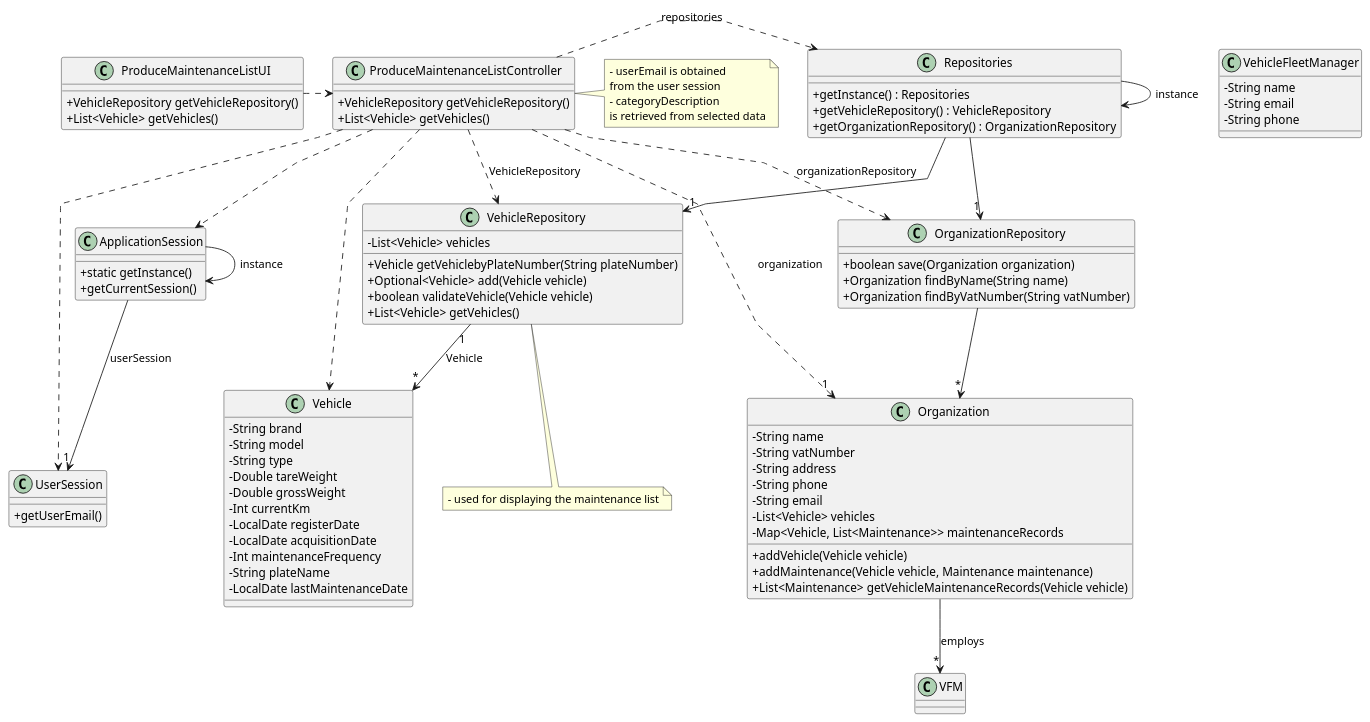
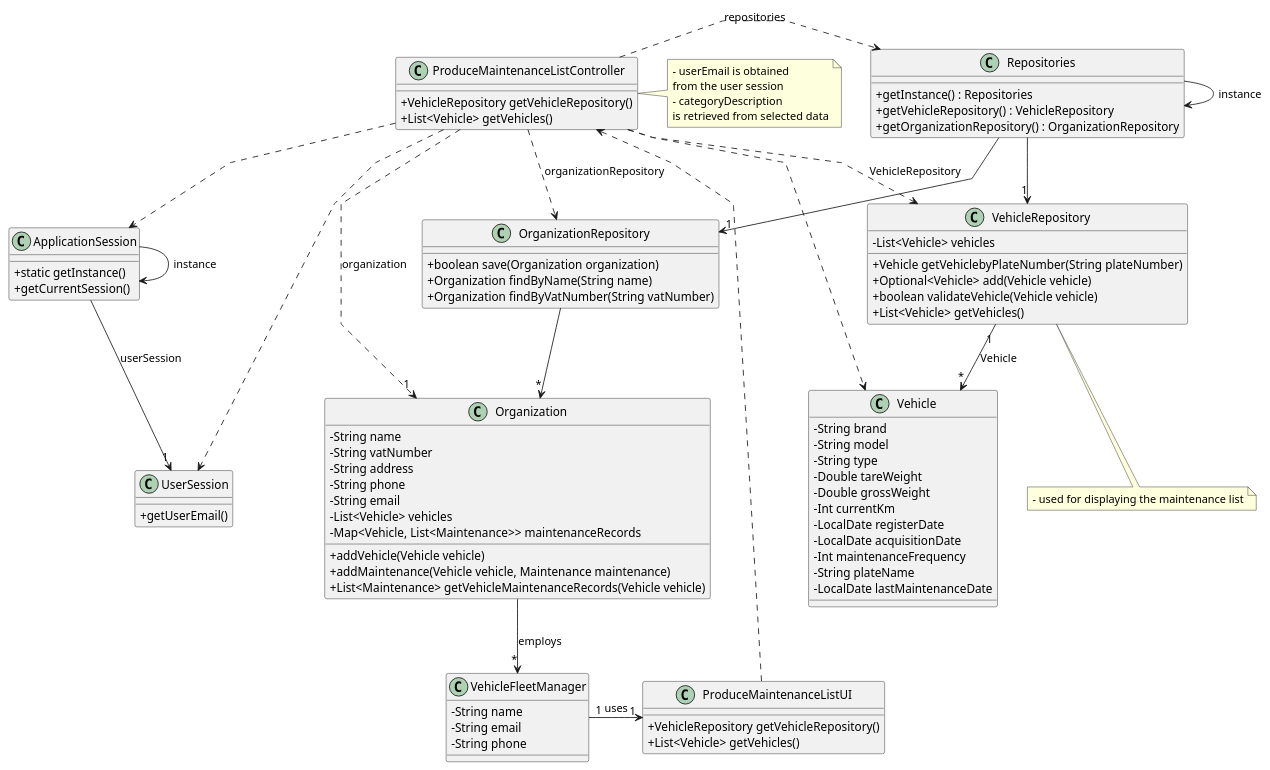
One commit to tiagosoa/lei-24-s2-1dgh-g073 changed the diagram in docs/sprint3/us008/03.design/puml/us008-class-diagram.puml. Above: the diagram before and after it, drawn with PlantUML. The commit also changed 14 other files, not shown here.

```diff
--- a/docs/sprint3/us008/03.design/puml/us008-class-diagram.puml
+++ b/docs/sprint3/us008/03.design/puml/us008-class-diagram.puml
@@ -1,125 +1,125 @@
 @startuml
 'skinparam monochrome true
 skinparam packageStyle rectangle
 skinparam shadowing false
 skinparam linetype polyline
 'skinparam linetype orto
 
 skinparam classAttributeIconSize 0
 
 'left to right direction
 
 class ApplicationSession
 {
     + static getInstance()
     + getCurrentSession()
 }
 
 class UserSession
 {
     + getUserEmail()
 }
 
 class VehicleFleetManager {
   - String name
   - String email
   - String phone
 }
 
 class Vehicle {
   - String brand
   - String model
   - String type
   - Double tareWeight
   - Double grossWeight
   - Int currentKm
   - LocalDate registerDate
   - LocalDate acquisitionDate
   - Int maintenanceFrequency
   - String plateName
   - LocalDate lastMaintenanceDate
 }
 
 class Organization {
   - String name
   - String vatNumber
   - String address
   - String phone
   - String email
   - List<Vehicle> vehicles
   - Map<Vehicle, List<Maintenance>> maintenanceRecords
   + addVehicle(Vehicle vehicle)
   + addMaintenance(Vehicle vehicle, Maintenance maintenance)
   + List<Maintenance> getVehicleMaintenanceRecords(Vehicle vehicle)
 }
 
 class VehicleRepository {
   - List<Vehicle> vehicles
   + Vehicle getVehiclebyPlateNumber(String plateNumber)
   + Optional<Vehicle> add(Vehicle vehicle)
   + boolean validateVehicle(Vehicle vehicle)
   + List<Vehicle> getVehicles()
 }
 
 class OrganizationRepository {
   + boolean save(Organization organization)
   + Organization findByName(String name)
   + Organization findByVatNumber(String vatNumber)
 }
 
 class Repositories {
   + getInstance() : Repositories
   + getVehicleRepository() : VehicleRepository
   + getOrganizationRepository() : OrganizationRepository
 }
 
 class ProduceMaintenanceListController {
     + VehicleRepository getVehicleRepository()
     + List<Vehicle> getVehicles()
 }
 
 class ProduceMaintenanceListUI {
     + VehicleRepository getVehicleRepository()
     + List<Vehicle> getVehicles()
 }
 
 note right of ProduceMaintenanceListController
     - userEmail is obtained
     from the user session
     - categoryDescription
     is retrieved from selected data
 end note
 
 note bottom of VehicleRepository
     - used for displaying the maintenance list
 end note
 
 class ProduceMaintenanceListUI {
 }
 
 Repositories -> Repositories : instance
 ApplicationSession -> ApplicationSession : instance
 
 ProduceMaintenanceListUI .> ProduceMaintenanceListController
 
 ProduceMaintenanceListController .> Repositories : repositories
 
 Repositories -> "1" VehicleRepository
 
 ProduceMaintenanceListController ..> Vehicle
 ProduceMaintenanceListController ..> OrganizationRepository : organizationRepository
 ProduceMaintenanceListController ..> VehicleRepository : VehicleRepository
 
 Repositories --> "1" OrganizationRepository
 
 OrganizationRepository --> "*" Organization
 ApplicationSession --> "1" UserSession : userSession
 
 ProduceMaintenanceListController ..> "1" Organization : organization
 ProduceMaintenanceListController ..> ApplicationSession
 ProduceMaintenanceListController ..> UserSession
 VehicleRepository "1" --> "*" Vehicle : Vehicle
-
-Organization --> "*" VFM : employs
+VehicleFleetManager "1" -> "1" ProduceMaintenanceListUI: uses
+Organization --> "*" VehicleFleetManager : employs
 
 @enduml
```
